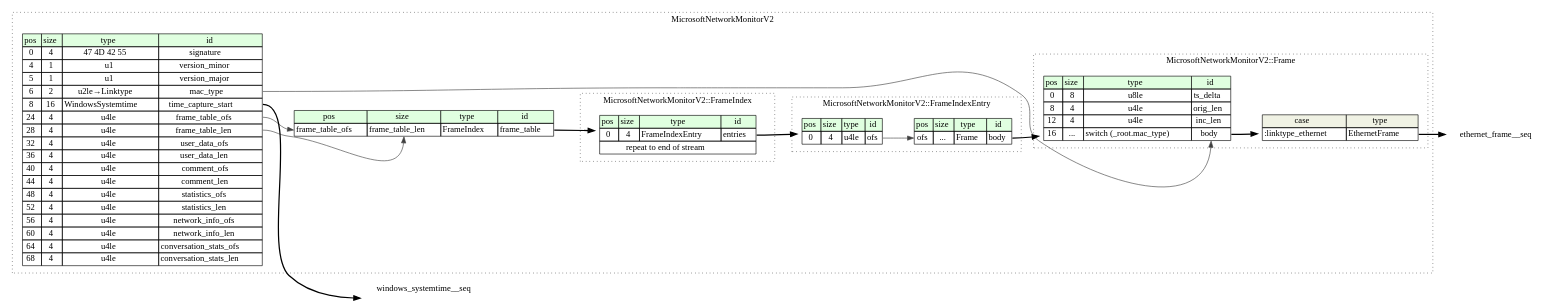
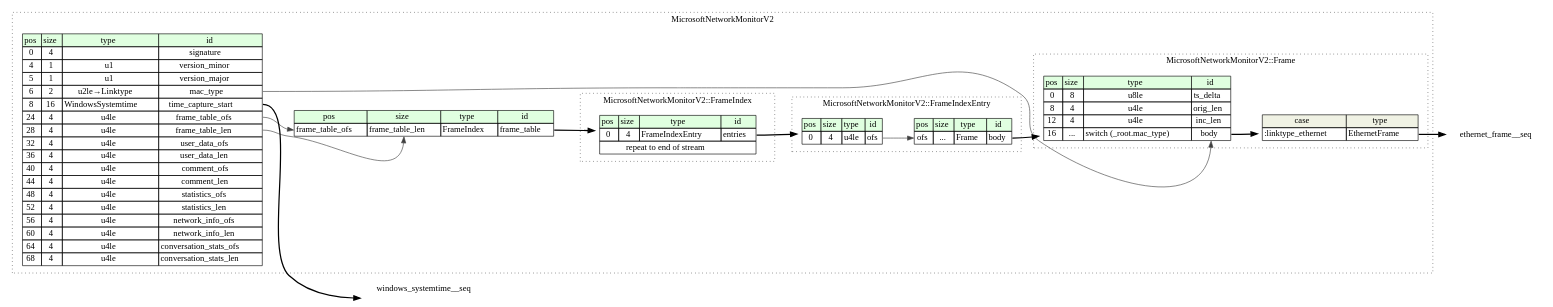
Before and after one commit to kaitai-io/formats-kaitai-io.github.io: the diagram in microsoft_network_monitor_v2/src/graphviz/microsoft_network_monitor_v2.dot, drawn with Graphviz. The commit also changed 3155 other files, not shown here.

```diff
--- a/microsoft_network_monitor_v2/src/graphviz/microsoft_network_monitor_v2.dot
+++ b/microsoft_network_monitor_v2/src/graphviz/microsoft_network_monitor_v2.dot
@@ -1,82 +1,82 @@
 digraph {
 	rankdir=LR;
 	node [shape=plaintext];
 	subgraph cluster__microsoft_network_monitor_v2 {
 		label="MicrosoftNetworkMonitorV2";
 		graph[style=dotted];
 
 		microsoft_network_monitor_v2__seq [label=<<TABLE BORDER="0" CELLBORDER="1" CELLSPACING="0">
 			<TR><TD BGCOLOR="#E0FFE0">pos</TD><TD BGCOLOR="#E0FFE0">size</TD><TD BGCOLOR="#E0FFE0">type</TD><TD BGCOLOR="#E0FFE0">id</TD></TR>
-			<TR><TD PORT="signature_pos">0</TD><TD PORT="signature_size">4</TD><TD>47 4D 42 55</TD><TD PORT="signature_type">signature</TD></TR>
+			<TR><TD PORT="signature_pos">0</TD><TD PORT="signature_size">4</TD><TD></TD><TD PORT="signature_type">signature</TD></TR>
 			<TR><TD PORT="version_minor_pos">4</TD><TD PORT="version_minor_size">1</TD><TD>u1</TD><TD PORT="version_minor_type">version_minor</TD></TR>
 			<TR><TD PORT="version_major_pos">5</TD><TD PORT="version_major_size">1</TD><TD>u1</TD><TD PORT="version_major_type">version_major</TD></TR>
 			<TR><TD PORT="mac_type_pos">6</TD><TD PORT="mac_type_size">2</TD><TD>u2le→Linktype</TD><TD PORT="mac_type_type">mac_type</TD></TR>
 			<TR><TD PORT="time_capture_start_pos">8</TD><TD PORT="time_capture_start_size">16</TD><TD>WindowsSystemtime</TD><TD PORT="time_capture_start_type">time_capture_start</TD></TR>
 			<TR><TD PORT="frame_table_ofs_pos">24</TD><TD PORT="frame_table_ofs_size">4</TD><TD>u4le</TD><TD PORT="frame_table_ofs_type">frame_table_ofs</TD></TR>
 			<TR><TD PORT="frame_table_len_pos">28</TD><TD PORT="frame_table_len_size">4</TD><TD>u4le</TD><TD PORT="frame_table_len_type">frame_table_len</TD></TR>
 			<TR><TD PORT="user_data_ofs_pos">32</TD><TD PORT="user_data_ofs_size">4</TD><TD>u4le</TD><TD PORT="user_data_ofs_type">user_data_ofs</TD></TR>
 			<TR><TD PORT="user_data_len_pos">36</TD><TD PORT="user_data_len_size">4</TD><TD>u4le</TD><TD PORT="user_data_len_type">user_data_len</TD></TR>
 			<TR><TD PORT="comment_ofs_pos">40</TD><TD PORT="comment_ofs_size">4</TD><TD>u4le</TD><TD PORT="comment_ofs_type">comment_ofs</TD></TR>
 			<TR><TD PORT="comment_len_pos">44</TD><TD PORT="comment_len_size">4</TD><TD>u4le</TD><TD PORT="comment_len_type">comment_len</TD></TR>
 			<TR><TD PORT="statistics_ofs_pos">48</TD><TD PORT="statistics_ofs_size">4</TD><TD>u4le</TD><TD PORT="statistics_ofs_type">statistics_ofs</TD></TR>
 			<TR><TD PORT="statistics_len_pos">52</TD><TD PORT="statistics_len_size">4</TD><TD>u4le</TD><TD PORT="statistics_len_type">statistics_len</TD></TR>
 			<TR><TD PORT="network_info_ofs_pos">56</TD><TD PORT="network_info_ofs_size">4</TD><TD>u4le</TD><TD PORT="network_info_ofs_type">network_info_ofs</TD></TR>
 			<TR><TD PORT="network_info_len_pos">60</TD><TD PORT="network_info_len_size">4</TD><TD>u4le</TD><TD PORT="network_info_len_type">network_info_len</TD></TR>
 			<TR><TD PORT="conversation_stats_ofs_pos">64</TD><TD PORT="conversation_stats_ofs_size">4</TD><TD>u4le</TD><TD PORT="conversation_stats_ofs_type">conversation_stats_ofs</TD></TR>
 			<TR><TD PORT="conversation_stats_len_pos">68</TD><TD PORT="conversation_stats_len_size">4</TD><TD>u4le</TD><TD PORT="conversation_stats_len_type">conversation_stats_len</TD></TR>
 		</TABLE>>];
 		microsoft_network_monitor_v2__inst__frame_table [label=<<TABLE BORDER="0" CELLBORDER="1" CELLSPACING="0">
 			<TR><TD BGCOLOR="#E0FFE0">pos</TD><TD BGCOLOR="#E0FFE0">size</TD><TD BGCOLOR="#E0FFE0">type</TD><TD BGCOLOR="#E0FFE0">id</TD></TR>
 			<TR><TD PORT="frame_table_pos">frame_table_ofs</TD><TD PORT="frame_table_size">frame_table_len</TD><TD>FrameIndex</TD><TD PORT="frame_table_type">frame_table</TD></TR>
 		</TABLE>>];
 		subgraph cluster__frame_index {
 			label="MicrosoftNetworkMonitorV2::FrameIndex";
 			graph[style=dotted];
 
 			frame_index__seq [label=<<TABLE BORDER="0" CELLBORDER="1" CELLSPACING="0">
 				<TR><TD BGCOLOR="#E0FFE0">pos</TD><TD BGCOLOR="#E0FFE0">size</TD><TD BGCOLOR="#E0FFE0">type</TD><TD BGCOLOR="#E0FFE0">id</TD></TR>
 				<TR><TD PORT="entries_pos">0</TD><TD PORT="entries_size">4</TD><TD>FrameIndexEntry</TD><TD PORT="entries_type">entries</TD></TR>
 				<TR><TD COLSPAN="4" PORT="entries__repeat">repeat to end of stream</TD></TR>
 			</TABLE>>];
 		}
 		subgraph cluster__frame_index_entry {
 			label="MicrosoftNetworkMonitorV2::FrameIndexEntry";
 			graph[style=dotted];
 
 			frame_index_entry__seq [label=<<TABLE BORDER="0" CELLBORDER="1" CELLSPACING="0">
 				<TR><TD BGCOLOR="#E0FFE0">pos</TD><TD BGCOLOR="#E0FFE0">size</TD><TD BGCOLOR="#E0FFE0">type</TD><TD BGCOLOR="#E0FFE0">id</TD></TR>
 				<TR><TD PORT="ofs_pos">0</TD><TD PORT="ofs_size">4</TD><TD>u4le</TD><TD PORT="ofs_type">ofs</TD></TR>
 			</TABLE>>];
 			frame_index_entry__inst__body [label=<<TABLE BORDER="0" CELLBORDER="1" CELLSPACING="0">
 				<TR><TD BGCOLOR="#E0FFE0">pos</TD><TD BGCOLOR="#E0FFE0">size</TD><TD BGCOLOR="#E0FFE0">type</TD><TD BGCOLOR="#E0FFE0">id</TD></TR>
 				<TR><TD PORT="body_pos">ofs</TD><TD PORT="body_size">...</TD><TD>Frame</TD><TD PORT="body_type">body</TD></TR>
 			</TABLE>>];
 		}
 		subgraph cluster__frame {
 			label="MicrosoftNetworkMonitorV2::Frame";
 			graph[style=dotted];
 
 			frame__seq [label=<<TABLE BORDER="0" CELLBORDER="1" CELLSPACING="0">
 				<TR><TD BGCOLOR="#E0FFE0">pos</TD><TD BGCOLOR="#E0FFE0">size</TD><TD BGCOLOR="#E0FFE0">type</TD><TD BGCOLOR="#E0FFE0">id</TD></TR>
 				<TR><TD PORT="ts_delta_pos">0</TD><TD PORT="ts_delta_size">8</TD><TD>u8le</TD><TD PORT="ts_delta_type">ts_delta</TD></TR>
 				<TR><TD PORT="orig_len_pos">8</TD><TD PORT="orig_len_size">4</TD><TD>u4le</TD><TD PORT="orig_len_type">orig_len</TD></TR>
 				<TR><TD PORT="inc_len_pos">12</TD><TD PORT="inc_len_size">4</TD><TD>u4le</TD><TD PORT="inc_len_type">inc_len</TD></TR>
 				<TR><TD PORT="body_pos">16</TD><TD PORT="body_size">...</TD><TD>switch (_root.mac_type)</TD><TD PORT="body_type">body</TD></TR>
 			</TABLE>>];
 frame__seq_body_switch [label=<<TABLE BORDER="0" CELLBORDER="1" CELLSPACING="0">
 	<TR><TD BGCOLOR="#F0F2E4">case</TD><TD BGCOLOR="#F0F2E4">type</TD></TR>
 	<TR><TD>:linktype_ethernet</TD><TD PORT="case0">EthernetFrame</TD></TR>
 </TABLE>>];
 		}
 	}
 	microsoft_network_monitor_v2__seq:time_capture_start_type -> windows_systemtime__seq [style=bold];
 	microsoft_network_monitor_v2__seq:frame_table_ofs_type -> microsoft_network_monitor_v2__inst__frame_table:frame_table_pos [color="#404040"];
 	microsoft_network_monitor_v2__seq:frame_table_len_type -> microsoft_network_monitor_v2__inst__frame_table:frame_table_size [color="#404040"];
 	microsoft_network_monitor_v2__inst__frame_table:frame_table_type -> frame_index__seq [style=bold];
 	frame_index__seq:entries_type -> frame_index_entry__seq [style=bold];
 	frame_index_entry__seq:ofs_type -> frame_index_entry__inst__body:body_pos [color="#404040"];
 	frame_index_entry__inst__body:body_type -> frame__seq [style=bold];
 	frame__seq:body_type -> frame__seq_body_switch [style=bold];
 	frame__seq_body_switch:case0 -> ethernet_frame__seq [style=bold];
 	microsoft_network_monitor_v2__seq:mac_type_type -> frame__seq:body_type [color="#404040"];
 }
```
